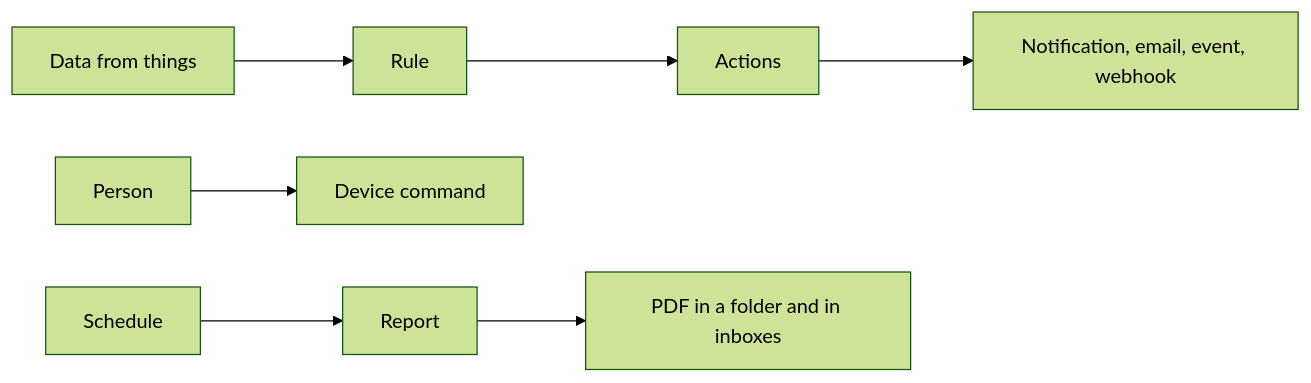
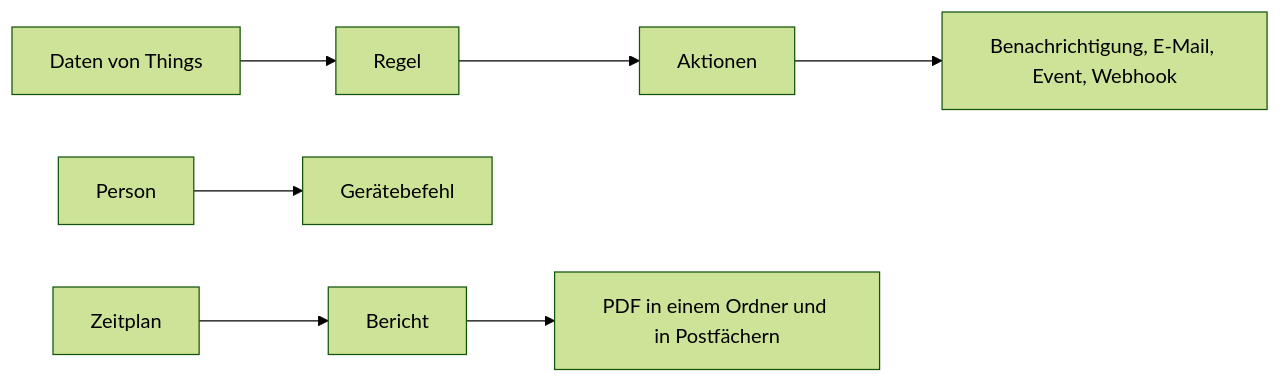
Before and after one commit to nimbit-platform/nimbit-docs: the diagram in i18n/de/docusaurus-plugin-content-docs/current/automate/index.mdx, drawn with Mermaid (forest theme). The commit also changed other lines of this file and 135 other files, not shown here.

````diff
--- a/i18n/de/docusaurus-plugin-content-docs/current/automate/index.mdx
+++ b/i18n/de/docusaurus-plugin-content-docs/current/automate/index.mdx
@@ -13,9 +13,9 @@
 ```mermaid
 flowchart LR
-  D[Data from things] --> R[Rule]
-  R --> A[Actions]
-  P[Person] --> C[Device command]
-  T[Schedule] --> RP[Report]
-  A --> N[Notification, email, event, webhook]
-  RP --> F[PDF in a folder and in inboxes]
+  D[Daten von Things] --> R[Regel]
+  R --> A[Aktionen]
+  P[Person] --> C[Gerätebefehl]
+  T[Zeitplan] --> RP[Bericht]
+  A --> N[Benachrichtigung, E-Mail, Event, Webhook]
+  RP --> F[PDF in einem Ordner und in Postfächern]
 ```
````
